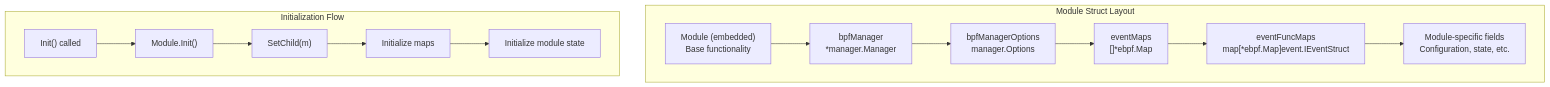
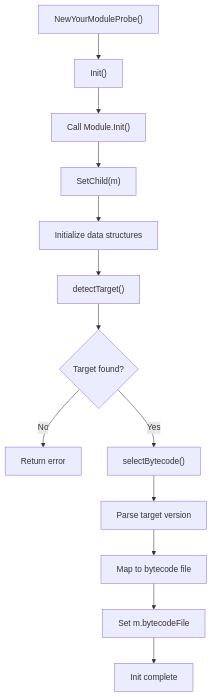
One commit to gojue/ecapture.cc changed the third of 4 diagrams in src/en/5-development-guide/5.3-adding-new-modules.md. Above: the diagram before and after it, drawn with Mermaid. The commit also changed other lines of this file and 115 other files, not shown here.

````diff
--- a/src/en/5-development-guide/5.3-adding-new-modules.md
+++ b/src/en/5-development-guide/5.3-adding-new-modules.md
@@ -141,30 +540,15 @@
 ```mermaid
 graph TD
-    subgraph "Module Struct Layout"
-        Base["Module (embedded)<br/>Base functionality"]
-        Manager["bpfManager<br/>*manager.Manager"]
-        Options["bpfManagerOptions<br/>manager.Options"]
-        EventMaps["eventMaps<br/>[]*ebpf.Map"]
-        EventFuncs["eventFuncMaps<br/>map[*ebpf.Map]event.IEventStruct"]
-        Custom["Module-specific fields<br/>Configuration, state, etc."]
-    end
-    
-    subgraph "Initialization Flow"
-        InitCall["Init() called"]
-        BaseInit["Module.Init()"]
-        SetChild["SetChild(m)"]
-        InitMaps["Initialize maps"]
-        InitState["Initialize module state"]
-    end
-    
-    InitCall --> BaseInit
-    BaseInit --> SetChild
-    SetChild --> InitMaps
-    InitMaps --> InitState
-    
-    Base --> Manager
-    Manager --> Options
-    Options --> EventMaps
-    EventMaps --> EventFuncs
-    EventFuncs --> Custom
+    A["NewYourModuleProbe()"] --> B["Init()"]
+    B --> C["Call Module.Init()"]
+    C --> D["SetChild(m)"]
+    D --> E["Initialize data structures"]
+    E --> F["detectTarget()"]
+    F --> G{"Target found?"}
+    G -->|No| H["Return error"]
+    G -->|Yes| I["selectBytecode()"]
+    I --> J["Parse target version"]
+    J --> K["Map to bytecode file"]
+    K --> L["Set m.bytecodeFile"]
+    L --> M["Init complete"]
 ```
````
